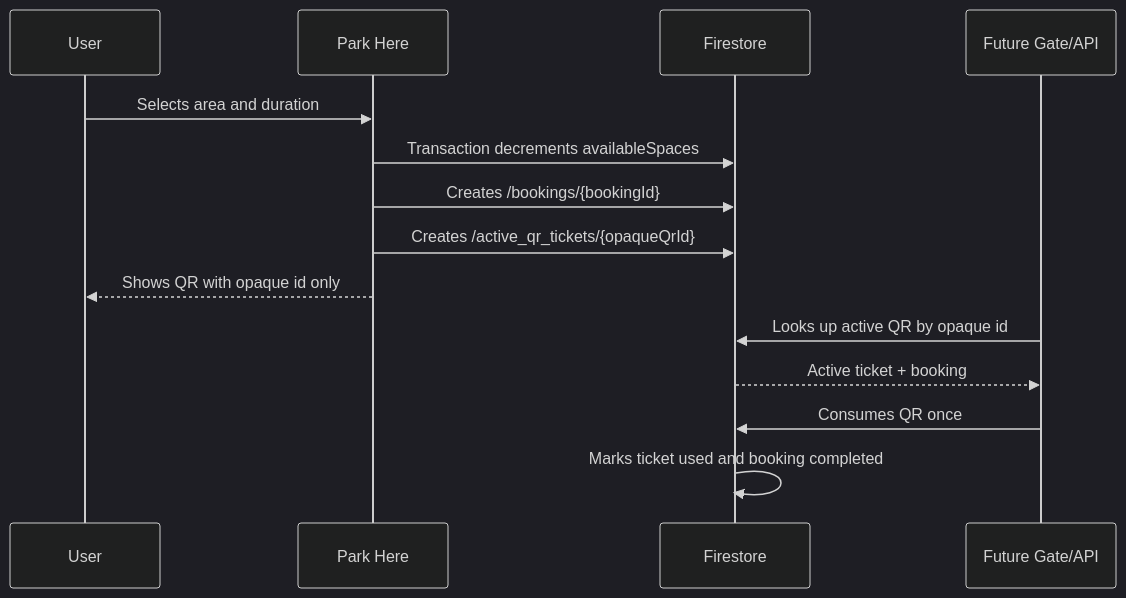
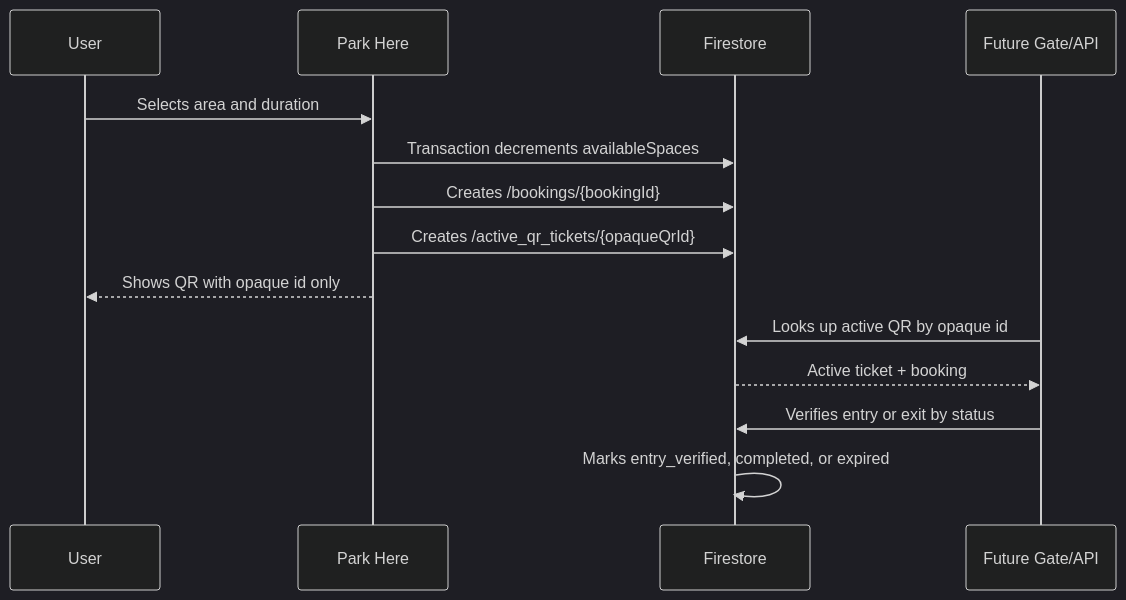
One commit to snehil-pandey/smart-parking-occupancy-system changed the ninth of 15 diagrams in docs/ARCHITECTURE.md. Above: the diagram before and after it, drawn with Mermaid (dark theme). The commit also changed other lines of this file and 5 other files, not shown here.

Commit message:
docs(user): document verified user app flow

````diff
--- a/docs/ARCHITECTURE.md
+++ b/docs/ARCHITECTURE.md
@@ -174,17 +174,17 @@
 ```mermaid
 sequenceDiagram
   participant User
   participant App as Park Here
   participant Firestore
   participant Gate as Future Gate/API
 
   User->>App: Selects area and duration
   App->>Firestore: Transaction decrements availableSpaces
   App->>Firestore: Creates /bookings/{bookingId}
   App->>Firestore: Creates /active_qr_tickets/{opaqueQrId}
   App-->>User: Shows QR with opaque id only
   Gate->>Firestore: Looks up active QR by opaque id
   Firestore-->>Gate: Active ticket + booking
-  Gate->>Firestore: Consumes QR once
-  Firestore->>Firestore: Marks ticket used and booking completed
+  Gate->>Firestore: Verifies entry or exit by status
+  Firestore->>Firestore: Marks entry_verified, completed, or expired
 ```
````
